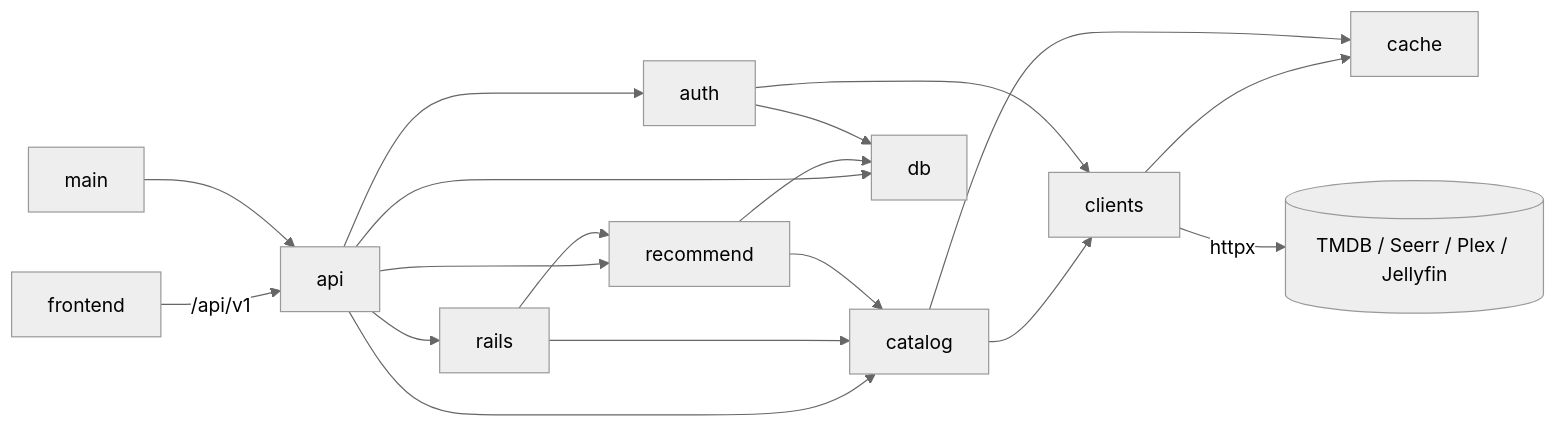
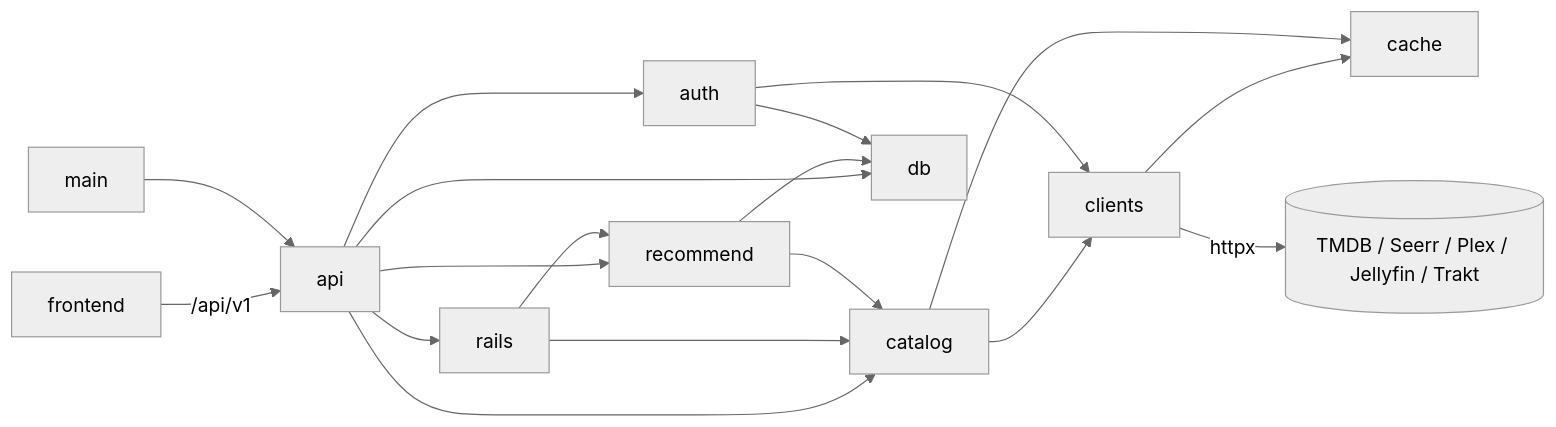
One commit to ZacharyArthur/tasterr changed the diagram in braid/map.md. Above: the diagram before and after it, drawn with Mermaid (neutral theme). The commit also changed other lines of this file and 232 other files, not shown here.

````diff
--- a/braid/map.md
+++ b/braid/map.md
@@ -78,20 +80,20 @@
 ```mermaid
 flowchart LR
   SPA[frontend] -->|/api/v1| api
   main --> api
   api --> auth
   api --> rails
   api --> recommend
   api --> catalog
   api --> db
   rails --> recommend
   rails --> catalog
   recommend --> catalog
   recommend --> db
   catalog --> clients
   auth --> clients
   auth --> db
   clients --> cache
   catalog --> cache
-  clients -->|httpx| ext[(TMDB / Seerr / Plex / Jellyfin)]
+  clients -->|httpx| ext[(TMDB / Seerr / Plex / Jellyfin / Trakt)]
 ```
````
